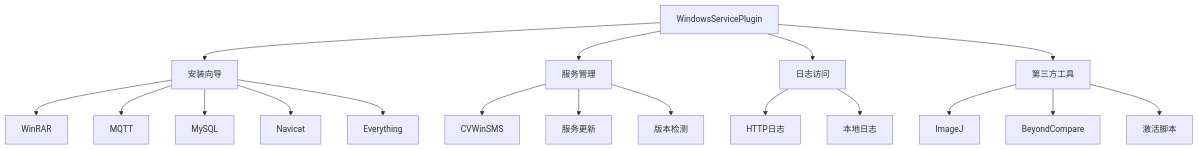
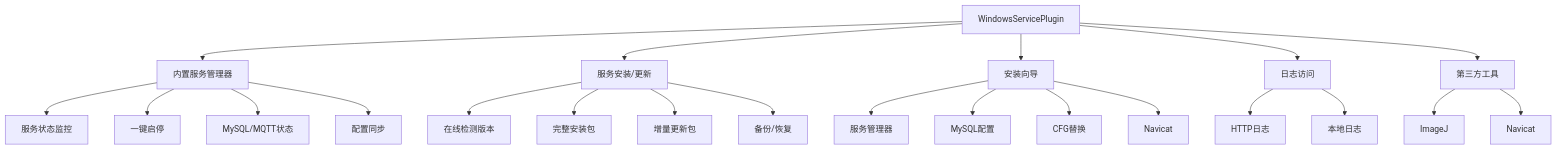
One commit to xincheng213618/scgd_general_wpf changed the diagram in docs/04-api-reference/plugins/standard-plugins/windows-service.md. Above: the diagram before and after it, drawn with Mermaid. The commit also changed other lines of this file and 6 other files, not shown here.

````diff
--- a/docs/04-api-reference/plugins/standard-plugins/windows-service.md
+++ b/docs/04-api-reference/plugins/standard-plugins/windows-service.md
@@ -65,24 +79,29 @@
 ```mermaid
 graph TD
-    A[WindowsServicePlugin] --> B[安装向导]
-    A --> C[服务管理]
-    A --> D[日志访问]
-    A --> E[第三方工具]
-    
-    B --> B1[WinRAR]
-    B --> B2[MQTT]
-    B --> B3[MySQL]
-    B --> B4[Navicat]
-    B --> B5[Everything]
-    
-    C --> C1[CVWinSMS]
-    C --> C2[服务更新]
-    C --> C3[版本检测]
-    
-    D --> D1[HTTP日志]
-    D --> D2[本地日志]
-    
-    E --> E1[ImageJ]
-    E --> E2[BeyondCompare]
-    E --> E3[激活脚本]
+    A[WindowsServicePlugin] --> B[内置服务管理器]
+    A --> C[服务安装/更新]
+    A --> D[安装向导]
+    A --> E[日志访问]
+    A --> F[第三方工具]
+
+    B --> B1[服务状态监控]
+    B --> B2[一键启停]
+    B --> B3[MySQL/MQTT状态]
+    B --> B4[配置同步]
+
+    C --> C1[在线检测版本]
+    C --> C2[完整安装包]
+    C --> C3[增量更新包]
+    C --> C4[备份/恢复]
+
+    D --> D1[服务管理器]
+    D --> D2[MySQL配置]
+    D --> D3[CFG替换]
+    D --> D4[Navicat]
+
+    E --> E1[HTTP日志]
+    E --> E2[本地日志]
+
+    F --> F1[ImageJ]
+    F --> F2[Navicat]
 ```
````
